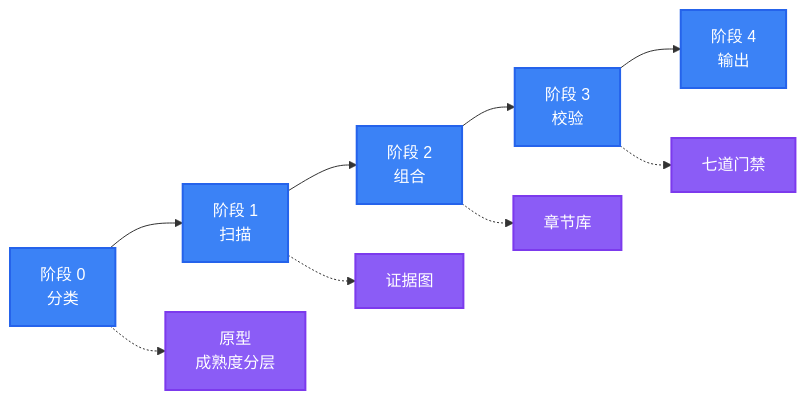
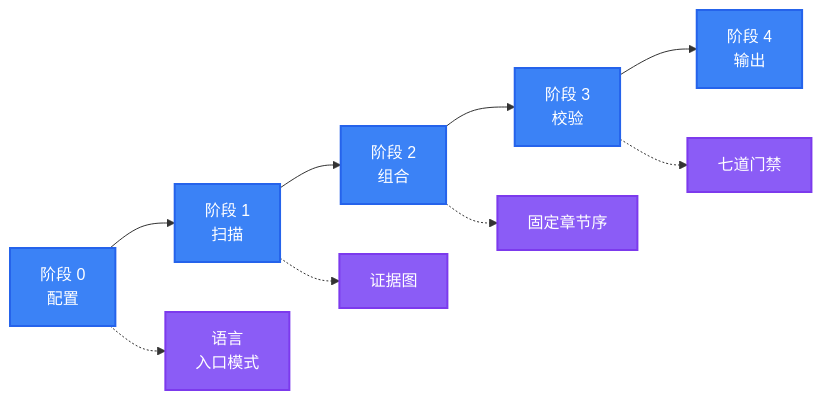
Before and after one commit to LINJIANG12/general-readme-skill: the diagram in README.md, drawn with Mermaid. The commit also changed other lines of this file and 24 other files, not shown here.

````diff
--- a/README.md
+++ b/README.md
@@ -150,18 +184,18 @@
 ```mermaid
 flowchart LR
-    A[阶段 0<br/>分类] --> B[阶段 1<br/>扫描]
+    A[阶段 0<br/>配置] --> B[阶段 1<br/>扫描]
     B --> C[阶段 2<br/>组合]
     C --> D[阶段 3<br/>校验]
     D --> E[阶段 4<br/>输出]
 
-    A -.-> A1[原型<br/>成熟度分层]
+    A -.-> A1[语言<br/>入口模式]
     B -.-> B1[证据图]
-    C -.-> C1[章节库]
+    C -.-> C1[固定章节序]
     D -.-> D1[七道门禁]
 
     classDef phase fill:#3B82F6,stroke:#2563EB,color:#fff,stroke-width:2px
     classDef artifact fill:#8B5CF6,stroke:#7C3AED,color:#fff,stroke-width:2px
 
     class A,B,C,D,E phase
     class A1,B1,C1,D1 artifact
 ```
````
